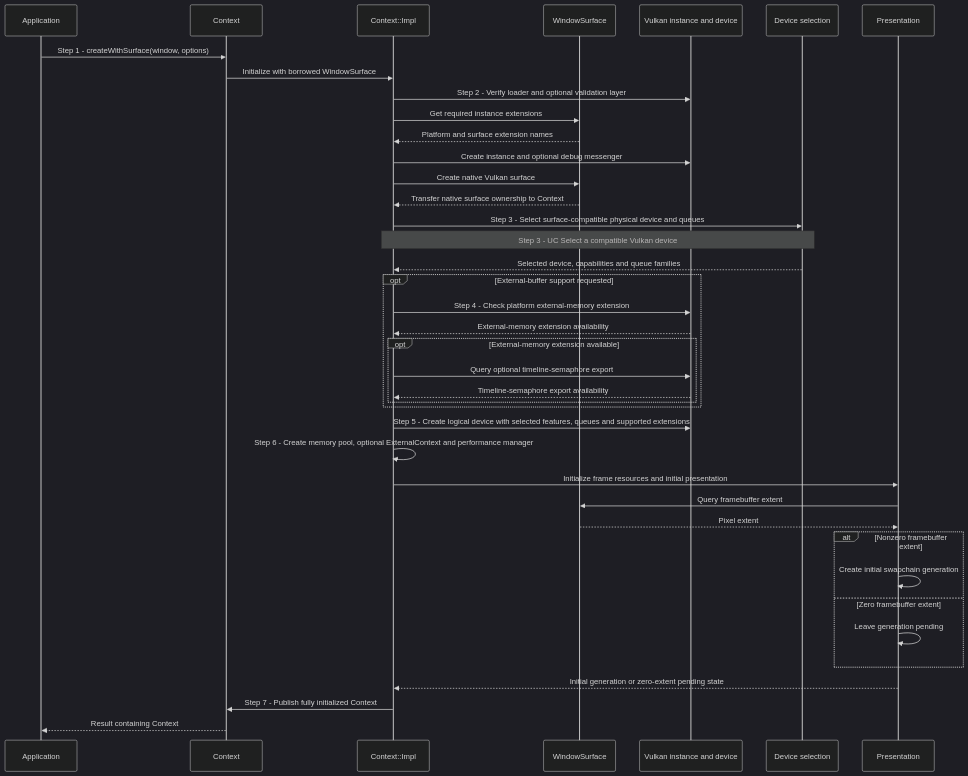
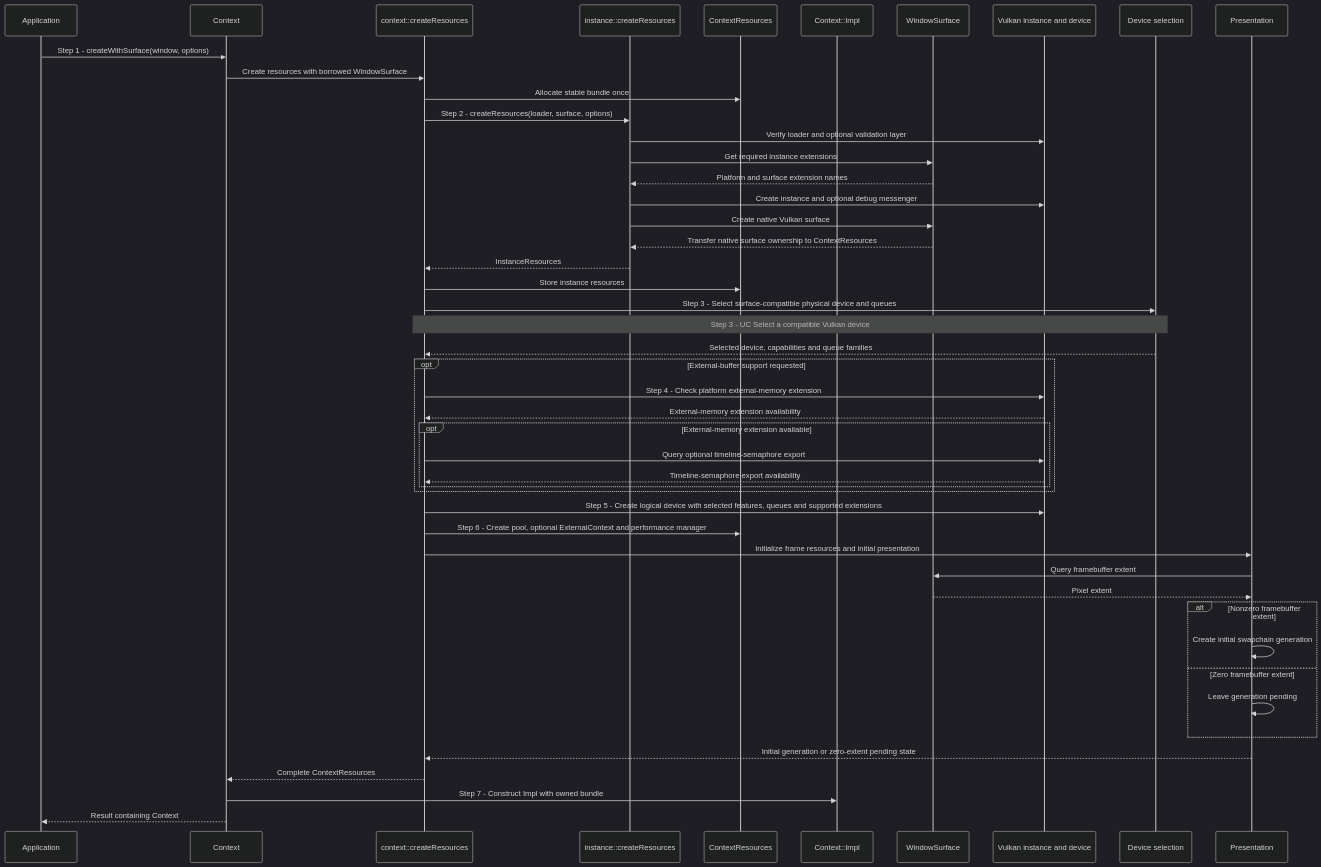
Before and after one commit to a-soltysik/Panda: the second of 3 diagrams in docs/use-cases/create-context.md, drawn with Mermaid (dark theme). The commit also changed other lines of this file and 11 other files, not shown here.

Commit message:
Separate Context initialization from runtime ownership (#107)

````diff
--- a/docs/use-cases/create-context.md
+++ b/docs/use-cases/create-context.md
@@ -95,42 +104,50 @@
 ```mermaid
 sequenceDiagram
     participant A as Application
     participant C as Context
+    participant F as context::createResources
+    participant X as instance::createResources
+    participant R as ContextResources
     participant I as Context::Impl
     participant W as WindowSurface
     participant V as Vulkan instance and device
     participant D as Device selection
     participant P as Presentation
     A->>C: Step 1 - createWithSurface(window, options)
-    C->>I: Initialize with borrowed WindowSurface
-    I->>V: Step 2 - Verify loader and optional validation layer
-    I->>W: Get required instance extensions
-    W-->>I: Platform and surface extension names
-    I->>V: Create instance and optional debug messenger
-    I->>W: Create native Vulkan surface
-    W-->>I: Transfer native surface ownership to Context
-    I->>D: Step 3 - Select surface-compatible physical device and queues
-    Note over I,D: Step 3 - UC Select a compatible Vulkan device
-    D-->>I: Selected device, capabilities and queue families
+    C->>F: Create resources with borrowed WindowSurface
+    F->>R: Allocate stable bundle once
+    F->>X: Step 2 - createResources(loader, surface, options)
+    X->>V: Verify loader and optional validation layer
+    X->>W: Get required instance extensions
+    W-->>X: Platform and surface extension names
+    X->>V: Create instance and optional debug messenger
+    X->>W: Create native Vulkan surface
+    W-->>X: Transfer native surface ownership to ContextResources
+    X-->>F: InstanceResources
+    F->>R: Store instance resources
+    F->>D: Step 3 - Select surface-compatible physical device and queues
+    Note over F,D: Step 3 - UC Select a compatible Vulkan device
+    D-->>F: Selected device, capabilities and queue families
     opt External-buffer support requested
-        I->>V: Step 4 - Check platform external-memory extension
-        V-->>I: External-memory extension availability
+        F->>V: Step 4 - Check platform external-memory extension
+        V-->>F: External-memory extension availability
         opt External-memory extension available
-            I->>V: Query optional timeline-semaphore export
-            V-->>I: Timeline-semaphore export availability
+            F->>V: Query optional timeline-semaphore export
+            V-->>F: Timeline-semaphore export availability
         end
     end
-    I->>V: Step 5 - Create logical device with selected features, queues and supported extensions
-    I->>I: Step 6 - Create memory pool, optional ExternalContext and performance manager
-    I->>P: Initialize frame resources and initial presentation
+    F->>V: Step 5 - Create logical device with selected features, queues and supported extensions
+    F->>R: Step 6 - Create pool, optional ExternalContext and performance manager
+    F->>P: Initialize frame resources and initial presentation
     P->>W: Query framebuffer extent
     W-->>P: Pixel extent
     alt Nonzero framebuffer extent
         P->>P: Create initial swapchain generation
     else Zero framebuffer extent
         P->>P: Leave generation pending
     end
-    P-->>I: Initial generation or zero-extent pending state
-    I->>C: Step 7 - Publish fully initialized Context
+    P-->>F: Initial generation or zero-extent pending state
+    F-->>C: Complete ContextResources
+    C->>I: Step 7 - Construct Impl with owned bundle
     C-->>A: Result containing Context
 ```
````
